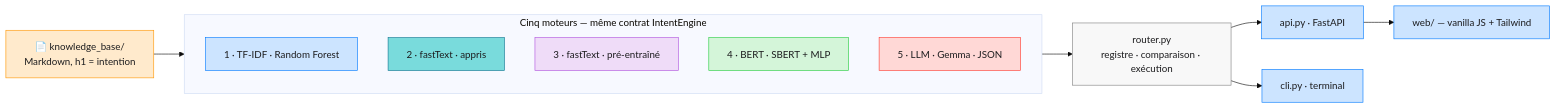
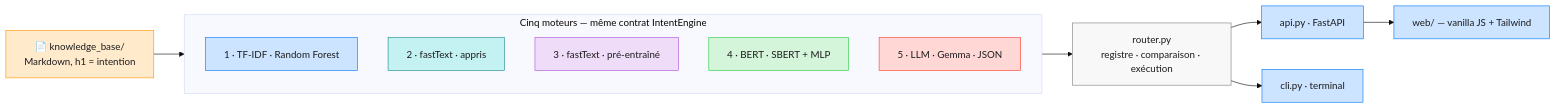
The second of 2 diagrams in LISEZMOI.md (warith-harchaoui/intentions), drawn with Mermaid (base theme) before and after one commit. The commit also changed other lines of this file and 4 other files, not shown here.

````diff
--- a/LISEZMOI.md
+++ b/LISEZMOI.md
@@ -277,29 +277,29 @@
 ```mermaid
 flowchart LR
     KB["📄 knowledge_base/<br/>Markdown, h1 = intention"] --> Moteurs
 
     subgraph Moteurs["Cinq moteurs — même contrat IntentEngine"]
         direction TB
         E1["1 · TF-IDF · Random Forest"]
         E2["2 · fastText · appris"]
         E3["3 · fastText · pré-entraîné"]
         E4["4 · BERT · SBERT + MLP"]
         E5["5 · LLM · Gemma · JSON"]
     end
 
     Moteurs --> R["router.py<br/>registre · comparaison · exécution"]
     R --> API["api.py · FastAPI"]
     R --> CLI["cli.py · terminal"]
     API --> WEB["web/ — vanilla JS + Tailwind"]
 
     style KB fill:#FFEACC,stroke:#FF9500,color:#1C1C1E
     style R fill:#F8F8F8,stroke:#808080,color:#1C1C1E
     style E1 fill:#CCE4FF,stroke:#007AFF,color:#1C1C1E
-    style E2 fill:#79DBDC,stroke:#0E7490,color:#1C1C1E
+    style E2 fill:#C4F1F1,stroke:#1D8C8D,color:#1C1C1E
     style E3 fill:#EFDCF8,stroke:#AF52DE,color:#1C1C1E
     style E4 fill:#D4F5D9,stroke:#28CD41,color:#1C1C1E
     style E5 fill:#FFD8D6,stroke:#FF3B30,color:#1C1C1E
     style API fill:#CCE4FF,stroke:#007AFF,color:#1C1C1E
     style CLI fill:#CCE4FF,stroke:#007AFF,color:#1C1C1E
     style WEB fill:#CCE4FF,stroke:#007AFF,color:#1C1C1E
 ```
````
